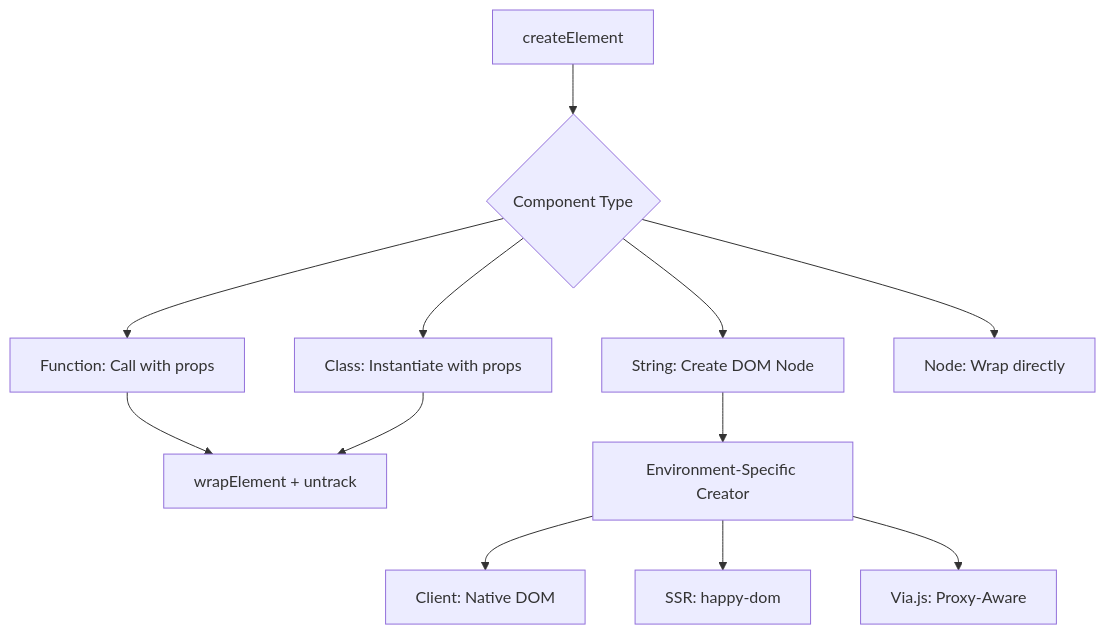
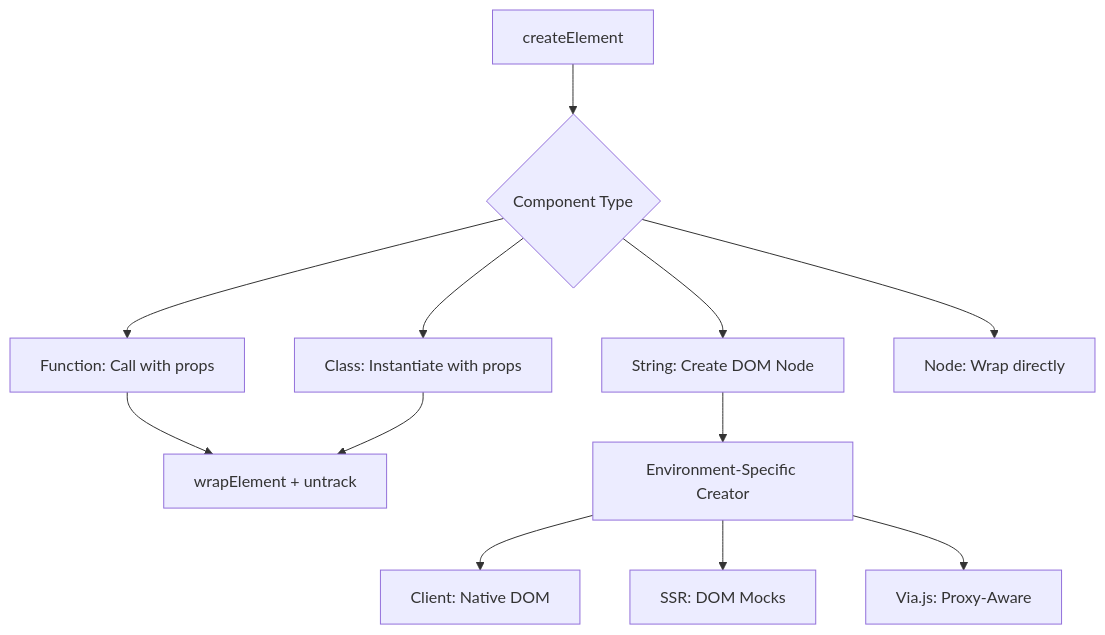
The first of 3 diagrams in .qoder/repowiki/en/content/API Reference/Core Methods/Element Creation/Element Creation.md (wobyjs/woby), drawn with Mermaid before and after one commit. The commit also changed other lines of this file and 911 other files, not shown here.

First line of the commit message:
refactor(ssr): replace happy-dom with custom DOM mocks for server-side rendering

````diff
--- a/.qoder/repowiki/en/content/API Reference/Core Methods/Element Creation/Element Creation.md
+++ b/.qoder/repowiki/en/content/API Reference/Core Methods/Element Creation/Element Creation.md
@@ -56,14 +56,14 @@
 ```mermaid
 graph TD
 A[createElement] --> B{Component Type}
 B --> C[Function: Call with props]
 B --> D[Class: Instantiate with props]
 B --> E[String: Create DOM Node]
 B --> F[Node: Wrap directly]
 C --> G[wrapElement + untrack]
 D --> G
 E --> H[Environment-Specific Creator]
 H --> I[Client: Native DOM]
-H --> J[SSR: happy-dom]
+H --> J[SSR: DOM Mocks]
 H --> K[Via.js: Proxy-Aware]
 ```
````
